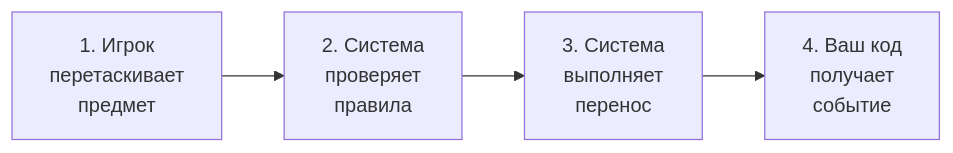
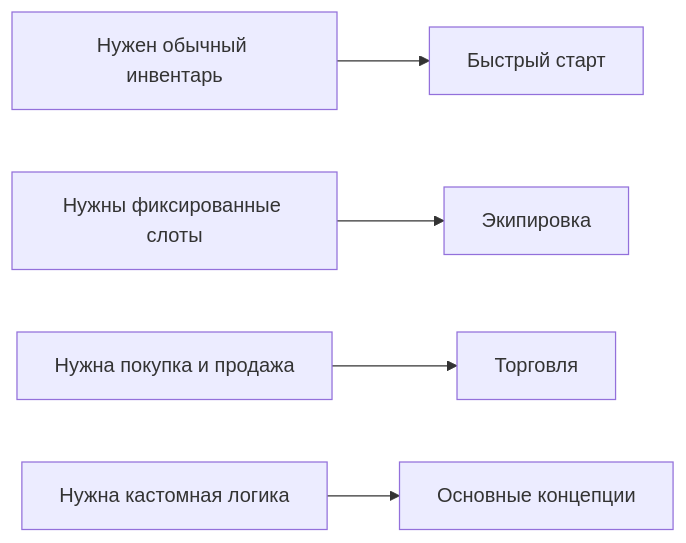
One commit to SergeevSergey99/DragAndDropSystem-Docs changed the first of 2 diagrams in .docs/content/index.md. Above: the diagram before and after it, drawn with Mermaid. The commit also changed other lines of this file and 16 other files, not shown here.

````diff
--- a/.docs/content/index.md
+++ b/.docs/content/index.md
@@ -33,7 +15,7 @@
 ```mermaid
 flowchart LR
-    A["1. Игрок\nперетаскивает\nпредмет"] --> B["2. Система\nпроверяет\nправила"]
-    B --> C["3. Система\nвыполняет\nперенос"]
-    C --> D["4. Ваш код\nполучает\nсобытие"]
-
+    A["Нужен обычный инвентарь"] --> B["Быстрый старт"]
+    C["Нужны фиксированные слоты"] --> D["Экипировка"]
+    E["Нужна покупка и продажа"] --> F["Торговля"]
+    G["Нужна кастомная логика"] --> H["Основные концепции"]
 ```
````
